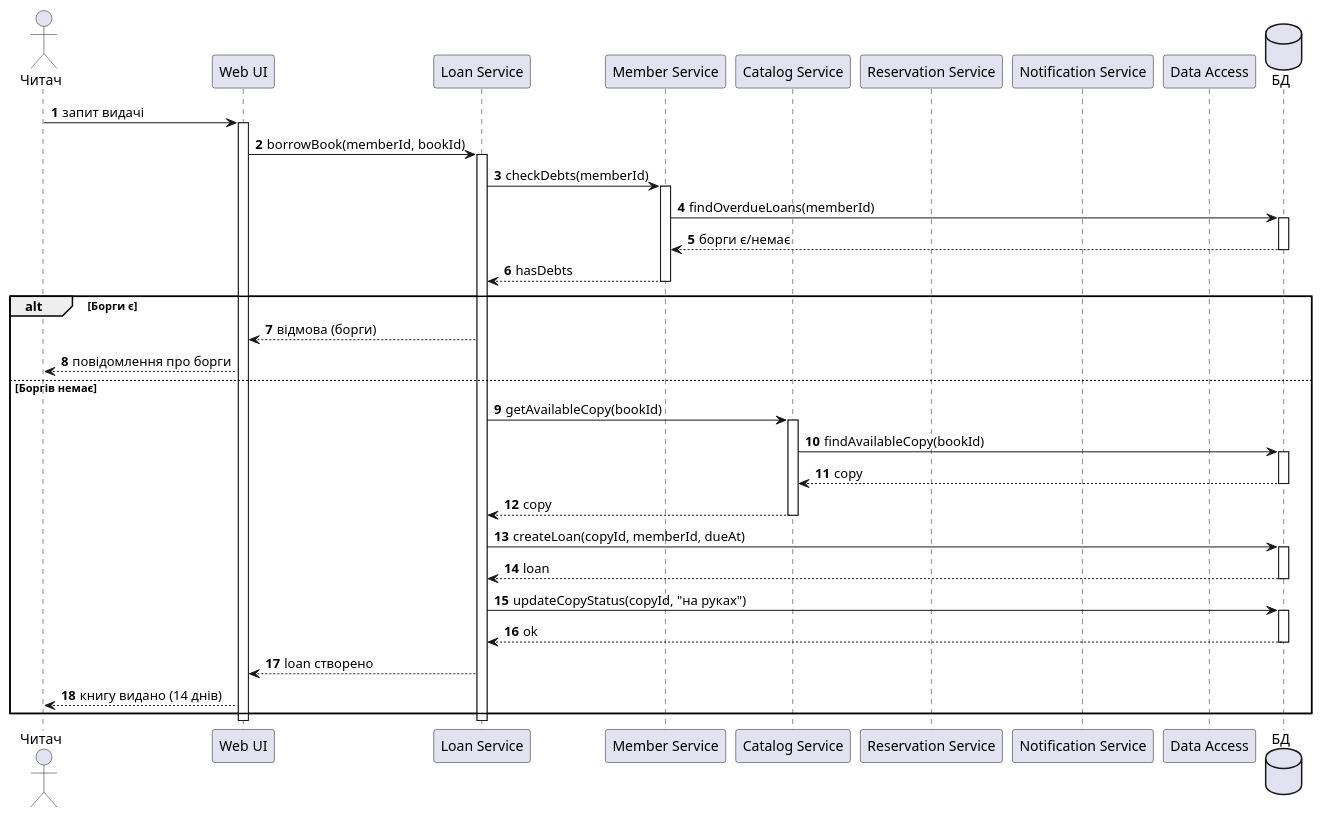
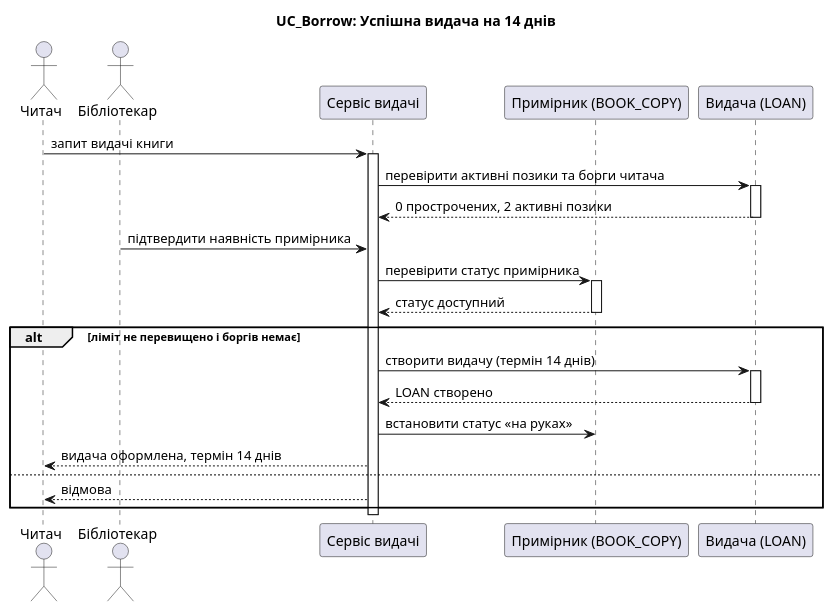
Before and after one commit to veronikapaschenkor29-png/Library-Modeling-and-Analysis-of-Software-Requirements: the first of 5 diagrams in task-3/sequence.puml, drawn with PlantUML. The commit also changed other lines of this file and 4 other files, not shown here.

First line of the commit message:
docs(task-3): sequence diagrams for UC_Borrow scenarios

```diff
--- a/task-3/sequence.puml
+++ b/task-3/sequence.puml
@@ -1,51 +1,30 @@
-@startuml d1-successful-borrow
-autonumber
-
-actor "Читач" as Reader
-participant "Web UI" as WebUI
-participant "Loan Service" as LoanService
-participant "Member Service" as MemberService
-participant "Catalog Service" as CatalogService
-participant "Reservation Service" as ReservationService
-participant "Notification Service" as NotificationService
-participant "Data Access" as DataAccess
-database "БД" as DB
-
-Reader -> WebUI : запит видачі
-activate WebUI
-WebUI -> LoanService : borrowBook(memberId, bookId)
-activate LoanService
-LoanService -> MemberService : checkDebts(memberId)
-activate MemberService
-MemberService -> DB : findOverdueLoans(memberId)
-activate DB
-DB --> MemberService : борги є/немає
-deactivate DB
-MemberService --> LoanService : hasDebts
-deactivate MemberService
-alt Борги є
-  LoanService --> WebUI : відмова (борги)
-  WebUI --> Reader : повідомлення про борги
-else Боргів немає
-  LoanService -> CatalogService : getAvailableCopy(bookId)
-  activate CatalogService
-  CatalogService -> DB : findAvailableCopy(bookId)
-  activate DB
-  DB --> CatalogService : copy
-  deactivate DB
-  CatalogService --> LoanService : copy
-  deactivate CatalogService
-  LoanService -> DB : createLoan(copyId, memberId, dueAt)
-  activate DB
-  DB --> LoanService : loan
-  deactivate DB
-  LoanService -> DB : updateCopyStatus(copyId, "на руках")
-  activate DB
-  DB --> LoanService : ok
-  deactivate DB
-  LoanService --> WebUI : loan створено
-  WebUI --> Reader : книгу видано (14 днів)
+@startuml S1_Success
+title UC_Borrow: Успішна видача на 14 днів
+actor "Читач" as R
+actor "Бібліотекар" as L
+participant "Сервіс видачі" as S
+participant "Примірник (BOOK_COPY)" as C
+participant "Видача (LOAN)" as N
+R -> S : запит видачі книги
+activate S
+S -> N : перевірити активні позики та борги читача
+activate N
+N --> S : 0 прострочених, 2 активні позики
+deactivate N
+L -> S : підтвердити наявність примірника
+S -> C : перевірити статус примірника
+activate C
+C --> S : статус доступний
+deactivate C
+alt ліміт не перевищено і боргів немає
+  S -> N : створити видачу (термін 14 днів)
+  activate N
+  N --> S : LOAN створено
+  deactivate N
+  S -> C : встановити статус «на руках»
+  S --> R : видача оформлена, термін 14 днів
+else
+  S --> R : відмова
 end
-deactivate LoanService
-deactivate WebUI
+deactivate S
 @enduml
```
